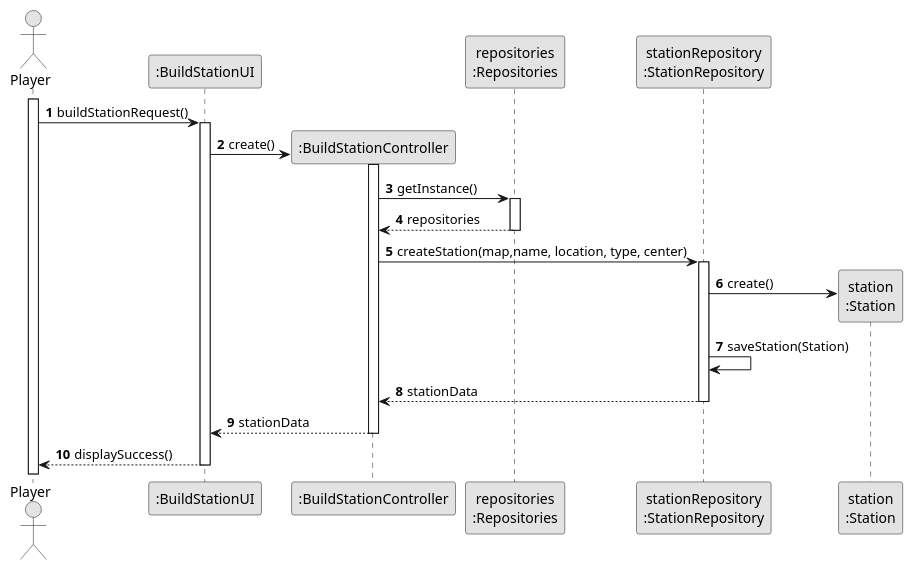
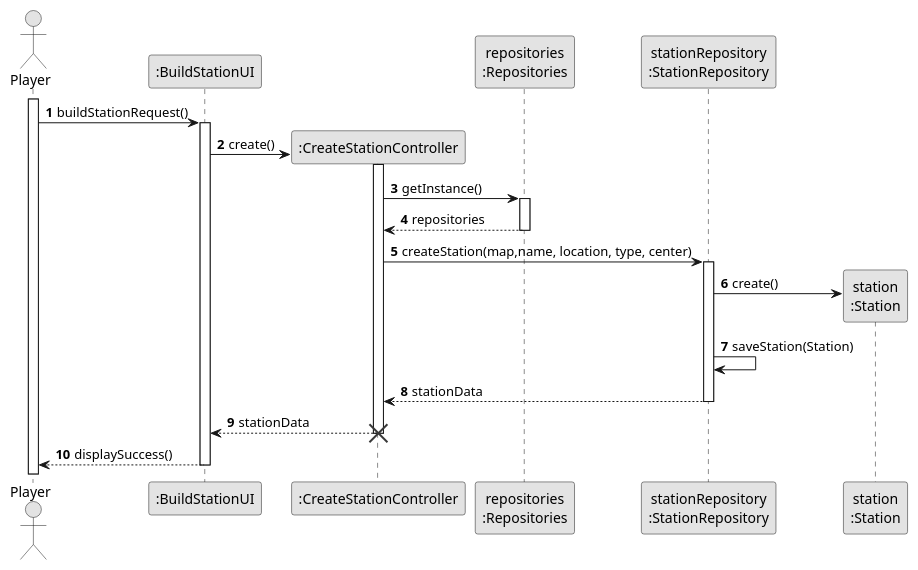
The diagram in docs/system-documentation/US005/03.design/puml/US005-SD-createAndSuccess.puml (goncalolopesp/sem2-pi-24.25-g093-repo), drawn with PlantUML before and after one commit. The commit also changed 10 other files, not shown here.

```diff
--- a/docs/system-documentation/US005/03.design/puml/US005-SD-createAndSuccess.puml
+++ b/docs/system-documentation/US005/03.design/puml/US005-SD-createAndSuccess.puml
@@ -1,38 +1,39 @@
 @startuml US005-SD-createAndSuccess
 skinparam monochrome true
 skinparam packageStyle rectangle
 skinparam shadowing false
 
 autonumber
 
 actor "Player" as Player
 participant ":BuildStationUI" as BuildUI
 
 activate Player
 Player -> BuildUI : buildStationRequest()
 activate BuildUI
-create ":BuildStationController" as BuildController
+create ":CreateStationController" as BuildController
 BuildUI -> BuildController : create()
 activate BuildController
 participant "repositories\n:Repositories" as Repositories
 participant "stationRepository\n:StationRepository" as StationRepo
 
 BuildController -> Repositories : getInstance()
 activate Repositories
 Repositories --> BuildController : repositories
 deactivate Repositories
 BuildController -> StationRepo : createStation(map,name, location, type, center)
 activate StationRepo
 
 create "station\n:Station" as Station
 StationRepo -> Station         : create()
 StationRepo -> StationRepo     : saveStation(Station)
 StationRepo --> BuildController : stationData
 deactivate StationRepo
 
 BuildController --> BuildUI : stationData
 deactivate BuildController
+destroy BuildController
 
 BuildUI --> Player : displaySuccess()
 deactivate BuildUI
 @enduml
```
